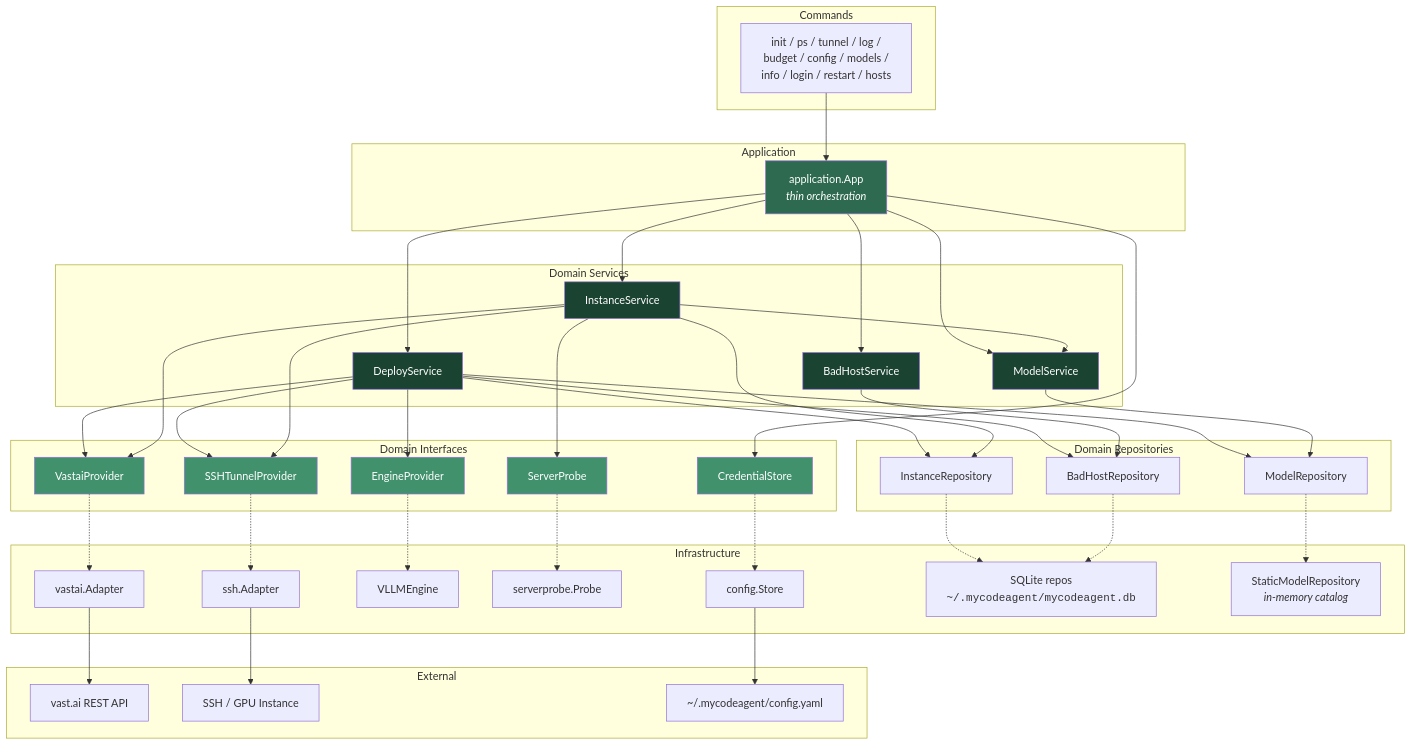
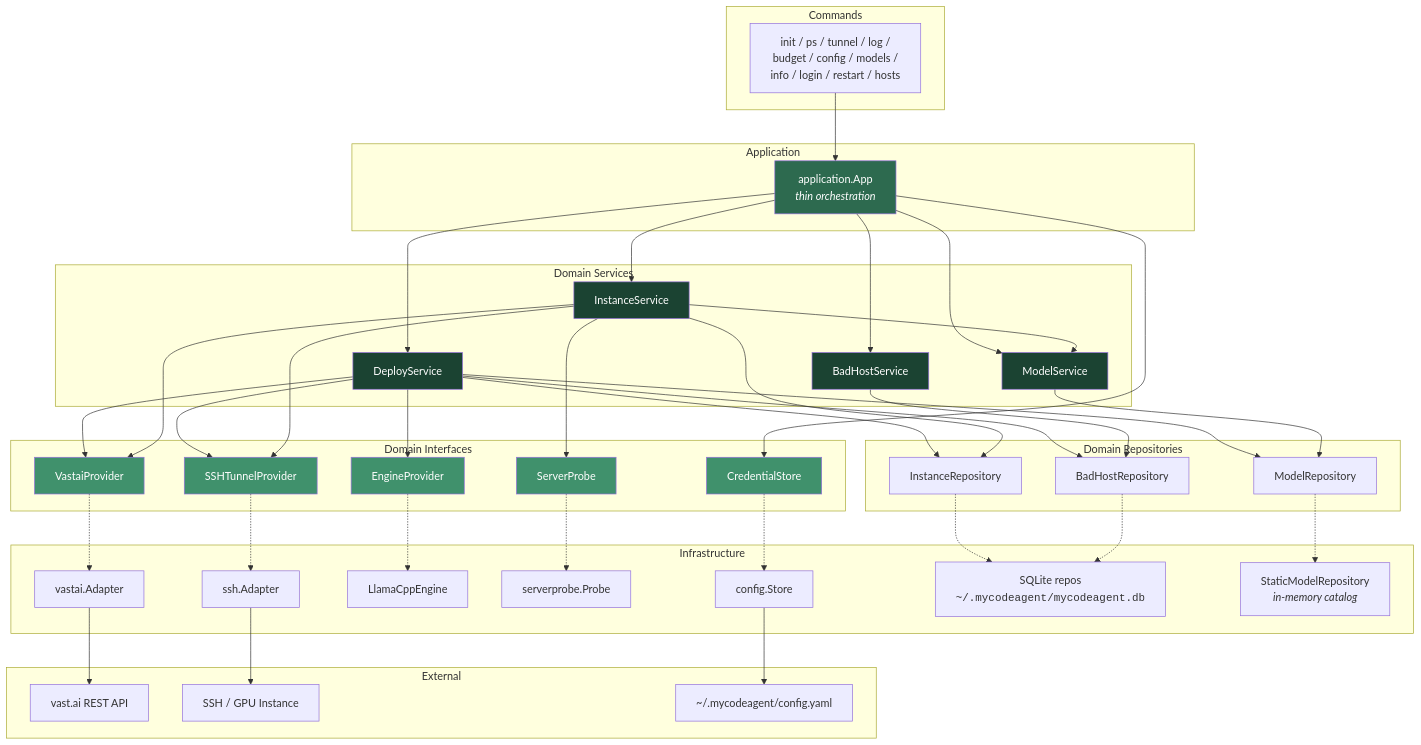
Before and after one commit to WWTLF/mycodeagent: the first of 6 diagrams in docs/Solution.md, drawn with Mermaid. The commit also changed other lines of this file and 22 other files, not shown here.

```diff
--- a/docs/Solution.md
+++ b/docs/Solution.md
@@ -68,7 +70,7 @@
     subgraph "Infrastructure"
         VA["vastai.Adapter"]
         SA["ssh.Adapter"]
-        VE["VLLMEngine"]
+        VE["LlamaCppEngine"]
         SPI["serverprobe.Probe"]
         CST["config.Store"]
         SQ["SQLite repos<br/><code>~/.mycodeagent/mycodeagent.db</code>"]
```
